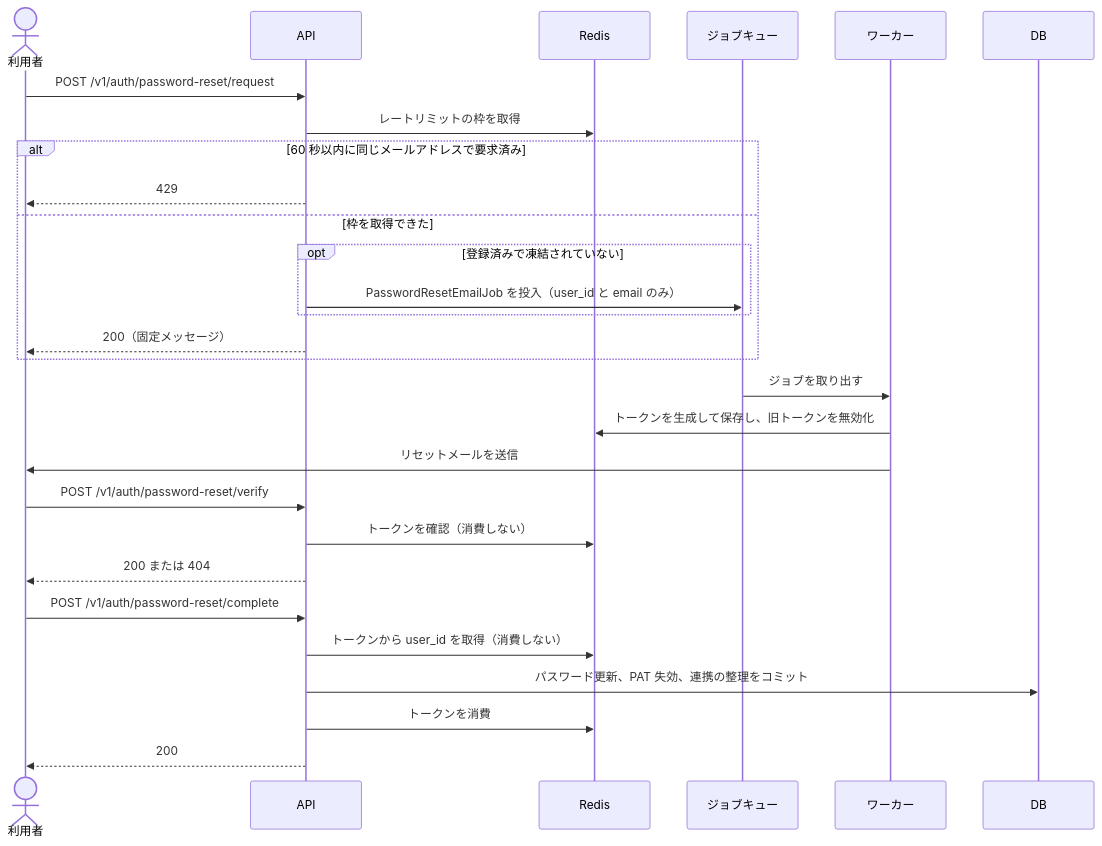
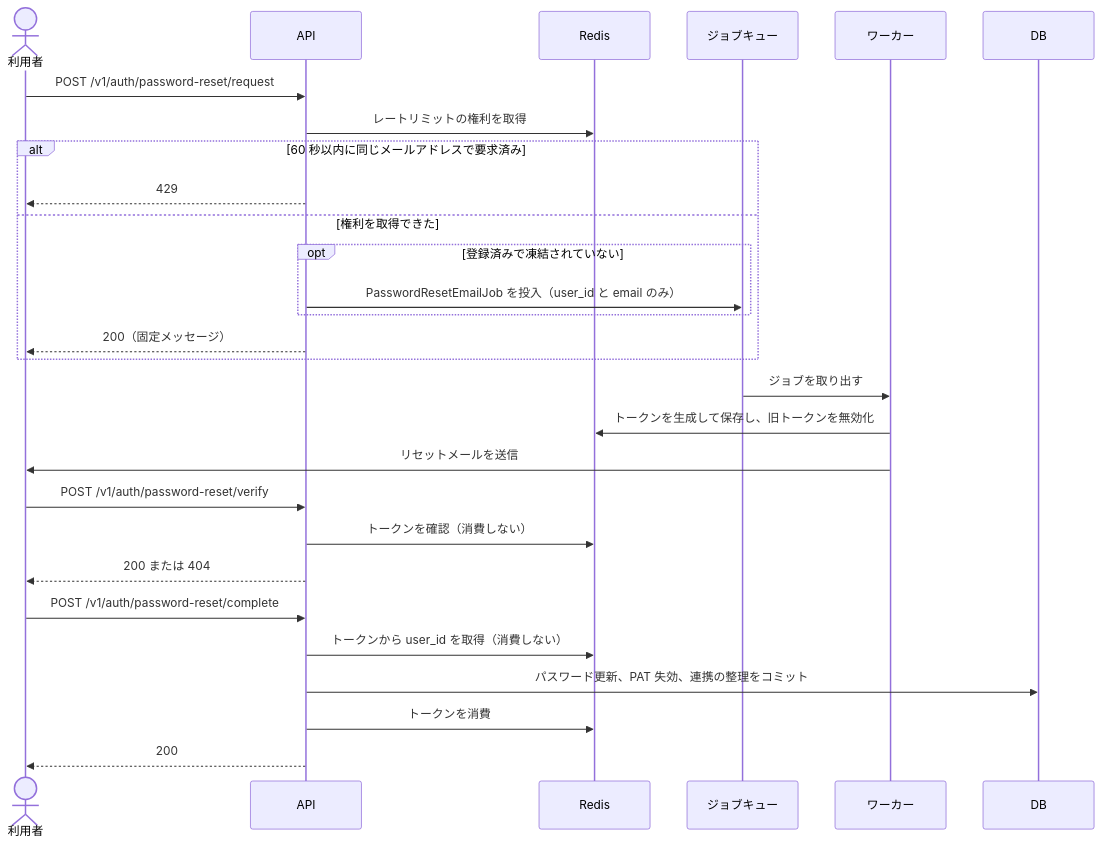
The first of 2 diagrams in docs/features/auth-password-reset.md (koyori-app/task), drawn with Mermaid before and after one commit. The commit also changed other lines of this file and 4 other files, not shown here.

````diff
--- a/docs/features/auth-password-reset.md
+++ b/docs/features/auth-password-reset.md
@@ -50,33 +20,33 @@
 ```mermaid
 sequenceDiagram
     actor U as 利用者
     participant B as API
     participant R as Redis
     participant Q as ジョブキュー
     participant W as ワーカー
     participant D as DB
 
     U->>B: POST /v1/auth/password-reset/request
-    B->>R: レートリミットの枠を取得
+    B->>R: レートリミットの権利を取得
     alt 60 秒以内に同じメールアドレスで要求済み
         B-->>U: 429
-    else 枠を取得できた
+    else 権利を取得できた
         opt 登録済みで凍結されていない
             B->>Q: PasswordResetEmailJob を投入（user_id と email のみ）
         end
         B-->>U: 200（固定メッセージ）
     end
     Q->>W: ジョブを取り出す
     W->>R: トークンを生成して保存し、旧トークンを無効化
     W->>U: リセットメールを送信
 
     U->>B: POST /v1/auth/password-reset/verify
     B->>R: トークンを確認（消費しない）
     B-->>U: 200 または 404
 
     U->>B: POST /v1/auth/password-reset/complete
     B->>R: トークンから user_id を取得（消費しない）
     B->>D: パスワード更新、PAT 失効、連携の整理をコミット
     B->>R: トークンを消費
     B-->>U: 200
 ```
````
